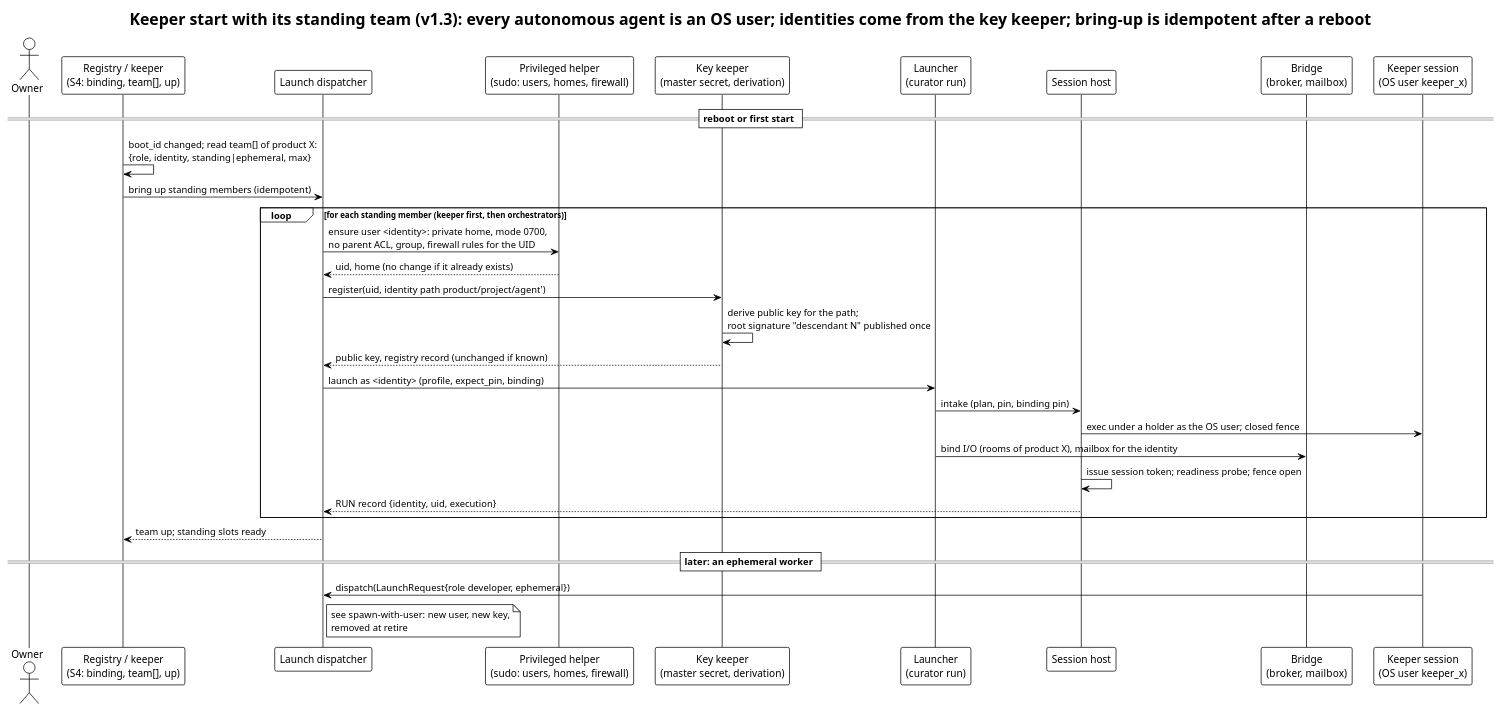
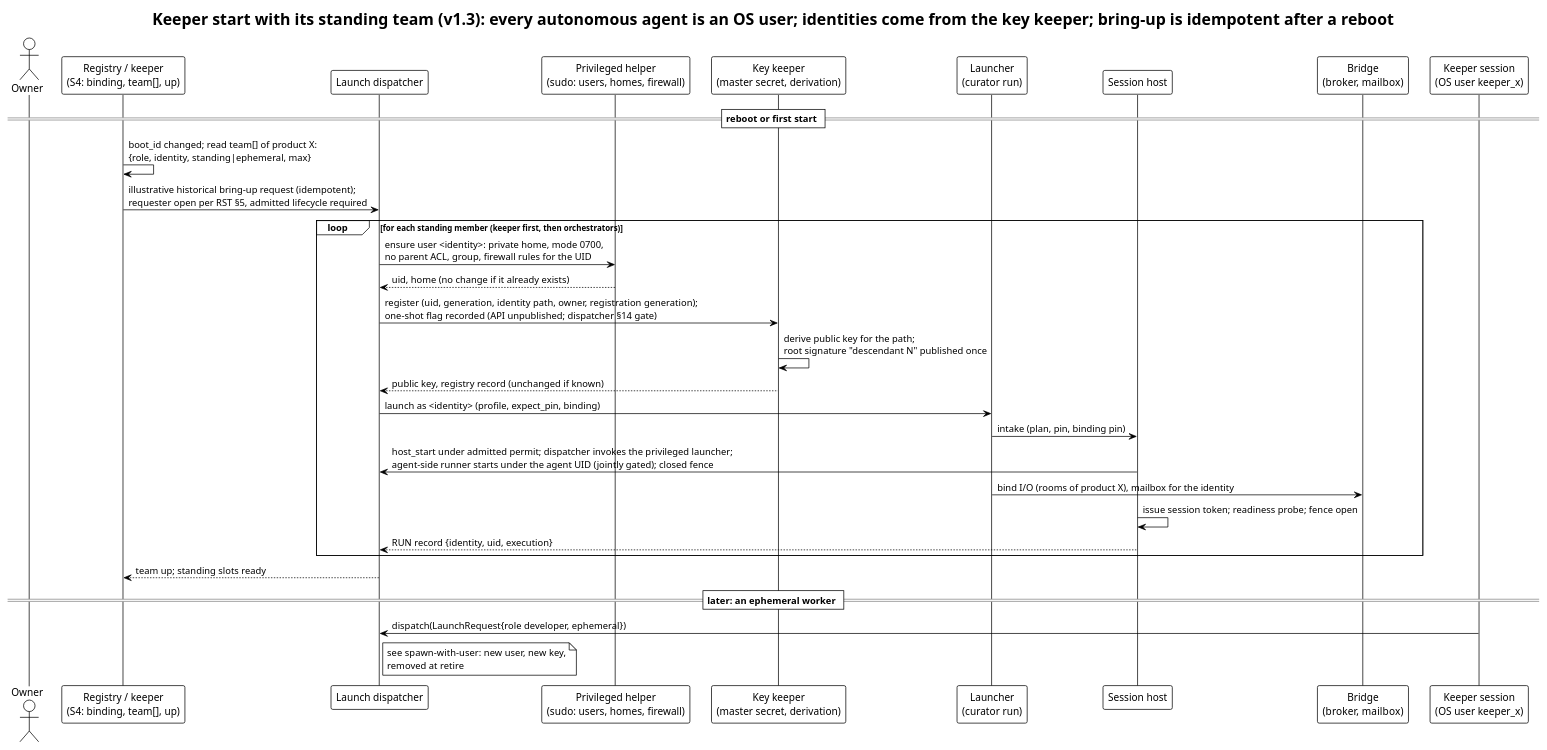
The diagram in diagrams/plantuml/sequence/keeper-team-start.puml (relux-works/swarm-platform-architecture), drawn with PlantUML before and after one commit. The commit also changed 15 other files, not shown here.

First line of the commit message:
Wave 7: register the remaining accepted architecture-review findings and remove three superseded copies (TASK-261013-xn74p5)

```diff
--- a/diagrams/plantuml/sequence/keeper-team-start.puml
+++ b/diagrams/plantuml/sequence/keeper-team-start.puml
@@ -1,36 +1,37 @@
 @startuml keeper-team-start
 !theme plain
+' Updated: accepted architecture-review findings (2026-10-13)
 title Keeper start with its standing team (v1.3): every autonomous agent is an OS user; identities come from the key keeper; bring-up is idempotent after a reboot
 
 actor "Owner" as OW
 participant "Registry / keeper\n(S4: binding, team[], up)" as Reg
 participant "Launch dispatcher" as D
 participant "Privileged helper\n(sudo: users, homes, firewall)" as PH
 participant "Key keeper\n(master secret, derivation)" as KK
 participant "Launcher\n(curator run)" as L
 participant "Session host" as SH
 participant "Bridge\n(broker, mailbox)" as BR
 participant "Keeper session\n(OS user keeper_x)" as K
 
 == reboot or first start ==
 Reg -> Reg: boot_id changed; read team[] of product X:\n{role, identity, standing|ephemeral, max}
-Reg -> D: bring up standing members (idempotent)
+Reg -> D: illustrative historical bring-up request (idempotent);\nrequester open per RST §5, admitted lifecycle required
 loop for each standing member (keeper first, then orchestrators)
   D -> PH: ensure user <identity>: private home, mode 0700,\nno parent ACL, group, firewall rules for the UID
   PH --> D: uid, home (no change if it already exists)
-  D -> KK: register(uid, identity path product/project/agent')
+  D -> KK: register (uid, generation, identity path, owner, registration generation);\none-shot flag recorded (API unpublished; dispatcher §14 gate)
   KK -> KK: derive public key for the path;\nroot signature "descendant N" published once
   KK --> D: public key, registry record (unchanged if known)
   D -> L: launch as <identity> (profile, expect_pin, binding)
   L -> SH: intake (plan, pin, binding pin)
-  SH -> K: exec under a holder as the OS user; closed fence
+  SH -> D: host_start under admitted permit; dispatcher invokes the privileged launcher;\nagent-side runner starts under the agent UID (jointly gated); closed fence
   L -> BR: bind I/O (rooms of product X), mailbox for the identity
   SH -> SH: issue session token; readiness probe; fence open
   SH --> D: RUN record {identity, uid, execution}
 end
 D --> Reg: team up; standing slots ready
 
 == later: an ephemeral worker ==
 K -> D: dispatch(LaunchRequest{role developer, ephemeral})
 note right of D: see spawn-with-user: new user, new key,\nremoved at retire
 @enduml
```
